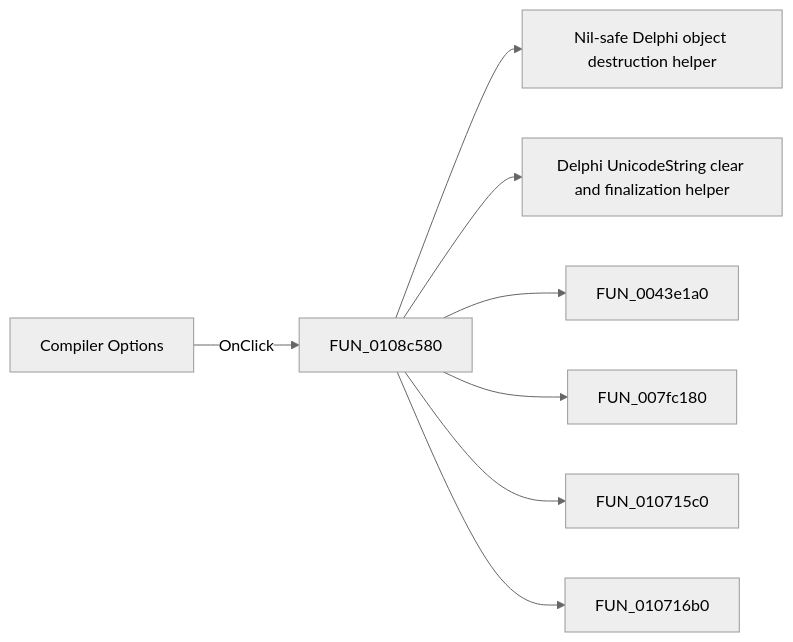
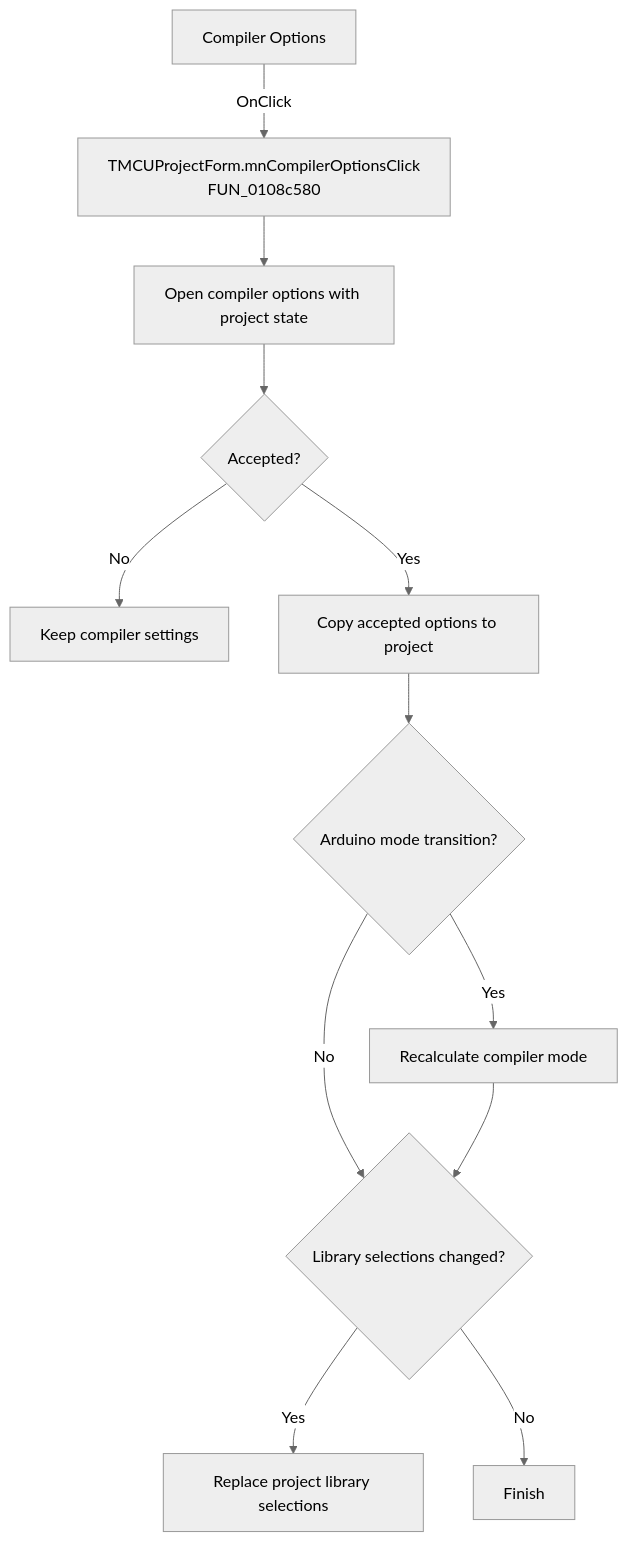
Before and after one commit to MovGP0/TIARA: the diagram in docs/ui-controls/mcuprojectform/mncompileroptions-d02f6123a3.md, drawn with Mermaid (neutral theme). The commit also changed other lines of this file and 1062 other files, not shown here.

````diff
--- a/docs/ui-controls/mcuprojectform/mncompileroptions-d02f6123a3.md
+++ b/docs/ui-controls/mcuprojectform/mncompileroptions-d02f6123a3.md
@@ -27,10 +27,14 @@
 ```mermaid
-flowchart LR
-    control["Compiler Options"] -->|OnClick| handler["FUN_0108c580"]
-    handler --> call1["Nil-safe Delphi object destruction helper"]
-    handler --> call2["Delphi UnicodeString clear and finalization helper"]
-    handler --> call3["FUN_0043e1a0"]
-    handler --> call4["FUN_007fc180"]
-    handler --> call5["FUN_010715c0"]
-    handler --> call6["FUN_010716b0"]
+flowchart TD
+    control["Compiler Options"] -->|OnClick| handler["TMCUProjectForm.mnCompilerOptionsClick<br/>FUN_0108c580"]
+    handler --> dialog["Open compiler options with project state"]
+    dialog --> accepted{"Accepted?"}
+    accepted -->|No| noOp["Keep compiler settings"]
+    accepted -->|Yes| apply["Copy accepted options to project"]
+    apply --> target{"Arduino mode transition?"}
+    target -->|Yes| recalc["Recalculate compiler mode"]
+    target -->|No| libraries{"Library selections changed?"}
+    recalc --> libraries
+    libraries -->|Yes| replace["Replace project library selections"]
+    libraries -->|No| done["Finish"]
 ```
````
